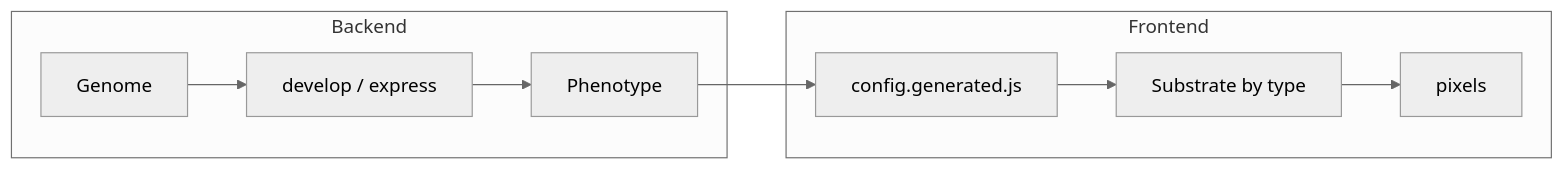
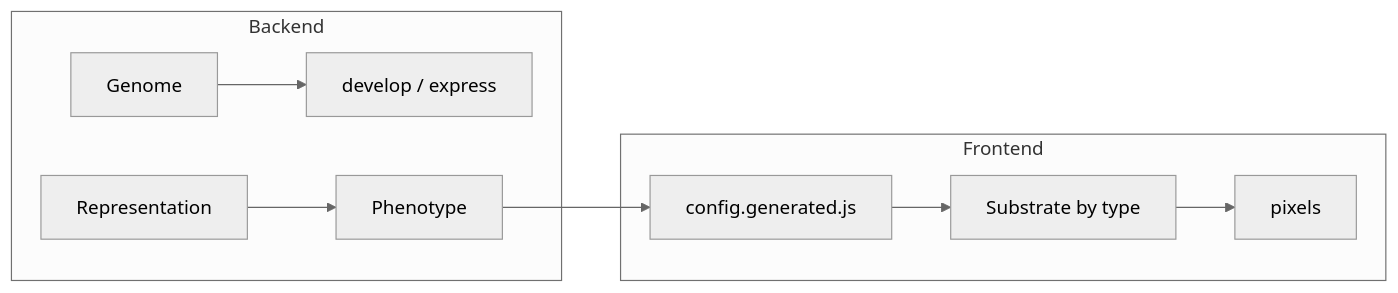
Before and after one commit to KeithPatarroyo/eyecatcher: the diagram in README.md, drawn with Mermaid (neutral theme). The commit also changed other lines of this file and 1 other file, not shown here.

Commit message:
docs: honest evo-algo metaphor; fix flowchart (phenotype from representation)

````diff
--- a/README.md
+++ b/README.md
@@ -50,18 +50,19 @@
 ```mermaid
 flowchart LR
     subgraph backend [Backend]
         Genome[Genome]
         Develop[develop / express]
+        Rep[Representation]
         Phenotype[Phenotype]
         Genome --> Develop
-        Develop --> Phenotype
+        Rep --> Phenotype
     end
     subgraph frontend [Frontend]
         Config[config.generated.js]
         Substrate[Substrate by type]
         Pixels[pixels]
+        Phenotype --> Config
         Config --> Substrate
-        Phenotype --> Config
         Substrate --> Pixels
     end
 ```
````
